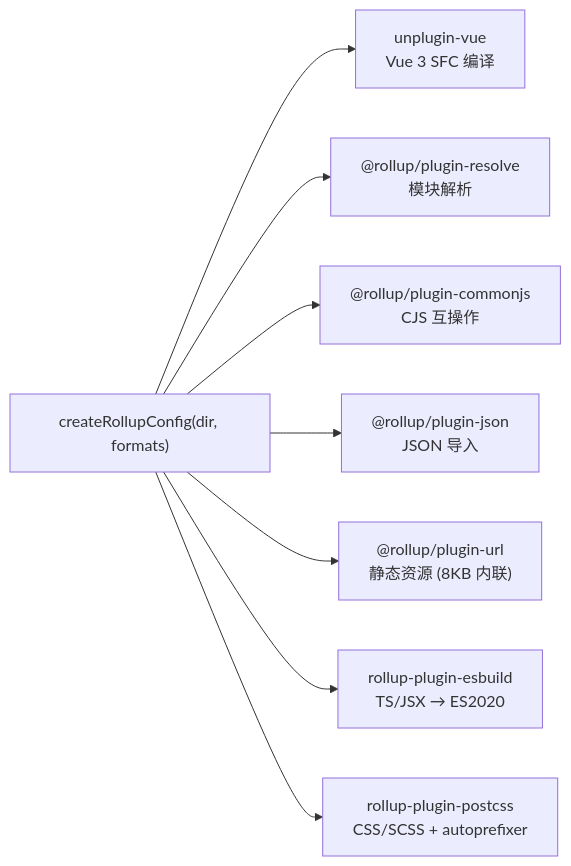
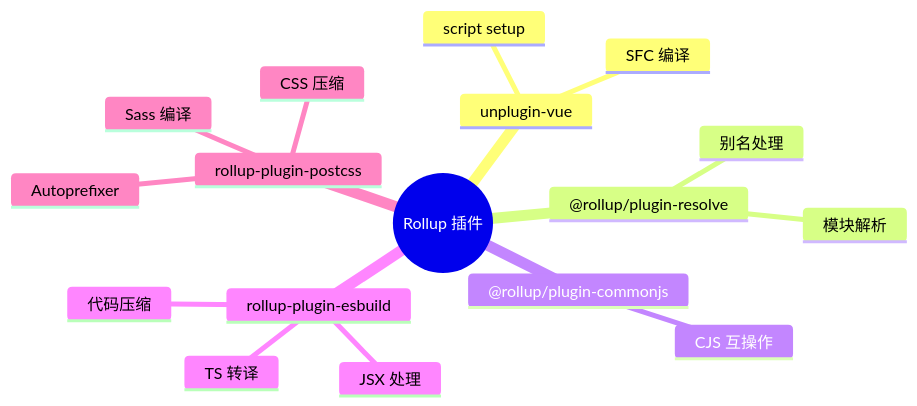
The tenth of 18 diagrams in docs/guide/architecture.md (sunweijieMJ/aix), drawn with Mermaid before and after one commit. The commit also changed other lines of this file and 3 other files, not shown here.

First line of the commit message:
docs: 完善架构设计文档，优化 Mermaid 图表

````diff
--- a/docs/guide/architecture.md
+++ b/docs/guide/architecture.md
@@ -268,12 +453,20 @@
 ```mermaid
-graph LR
-    factory["createRollupConfig(dir, formats)"]
-
-    factory --> vue["unplugin-vue<br/>Vue 3 SFC 编译"]
-    factory --> resolve["@rollup/plugin-resolve<br/>模块解析"]
-    factory --> cjs["@rollup/plugin-commonjs<br/>CJS 互操作"]
-    factory --> json["@rollup/plugin-json<br/>JSON 导入"]
-    factory --> url["@rollup/plugin-url<br/>静态资源 (8KB 内联)"]
-    factory --> esbuild["rollup-plugin-esbuild<br/>TS/JSX → ES2020"]
-    factory --> postcss["rollup-plugin-postcss<br/>CSS/SCSS + autoprefixer"]
+mindmap
+  root((Rollup 插件))
+    unplugin-vue
+      SFC 编译
+      script setup
+    @rollup/plugin-resolve
+      模块解析
+      别名处理
+    @rollup/plugin-commonjs
+      CJS 互操作
+    rollup-plugin-esbuild
+      TS 转译
+      JSX 处理
+      代码压缩
+    rollup-plugin-postcss
+      Sass 编译
+      Autoprefixer
+      CSS 压缩
 ```
````
